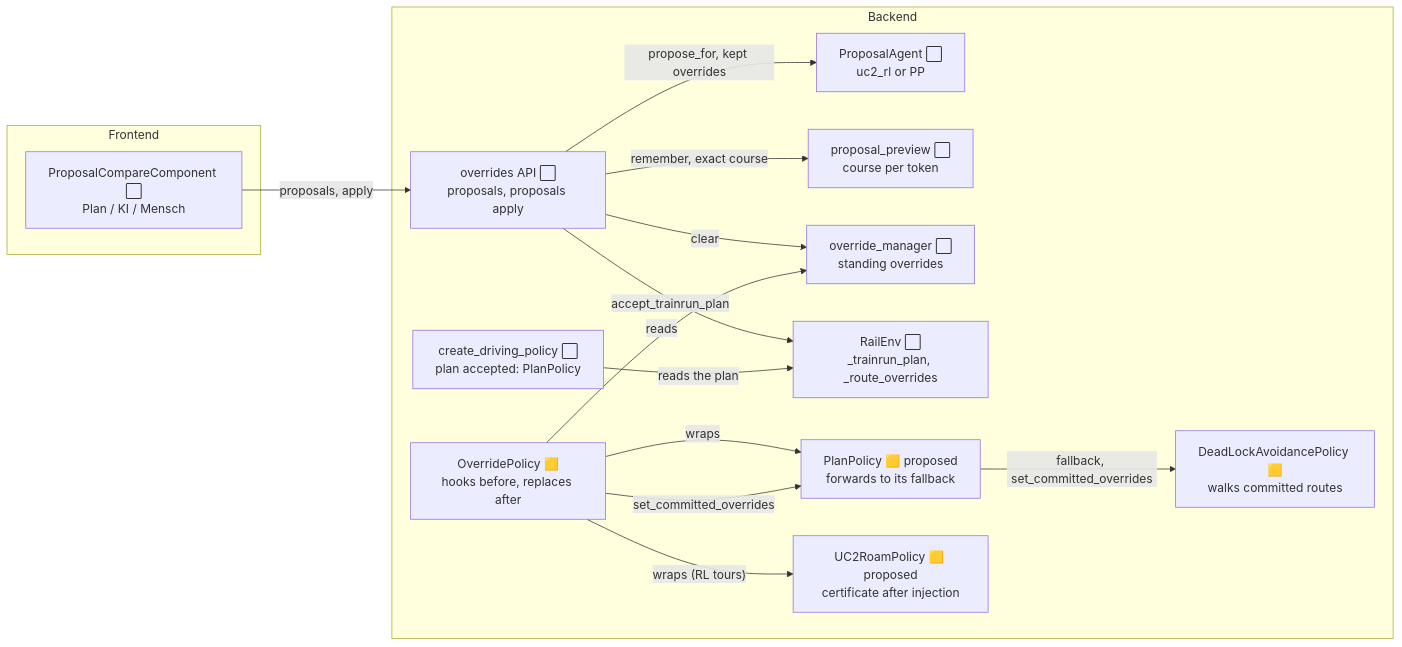
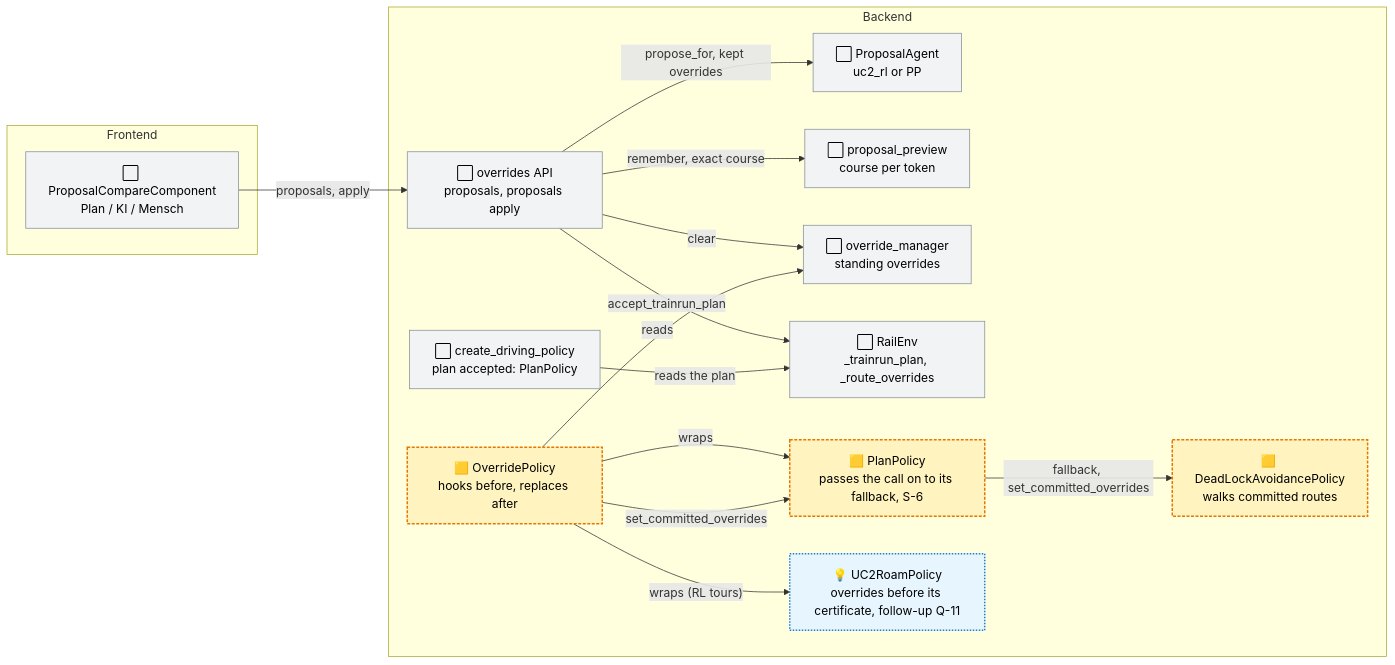
Before and after one commit to flatland-association/flatland-ui-hub: the second of 18 diagrams in docs/plans/set-route-on-map.md, drawn with Mermaid. The commit also changed other lines of this file, not shown here.

Commit message:
docs(plans): decide Q-11 to Q-13, describe the driver interfaces, #208's kept overrides and ROAM, and plan S-6.

````diff
--- a/docs/plans/set-route-on-map.md
+++ b/docs/plans/set-route-on-map.md
@@ -367,29 +391,40 @@
 ```mermaid
 flowchart LR
     subgraph FE["Frontend"]
-        PC["ProposalCompareComponent ⬜<br/>Plan / KI / Mensch"]
+        PC["⬜ ProposalCompareComponent<br/>Plan / KI / Mensch"]
     end
     subgraph BE["Backend"]
-        API["overrides API ⬜<br/>proposals, proposals apply"]
-        PA["ProposalAgent ⬜<br/>uc2_rl or PP"]
-        PV["proposal_preview ⬜<br/>course per token"]
-        OM["override_manager ⬜<br/>standing overrides"]
-        ENV["RailEnv ⬜<br/>_trainrun_plan, _route_overrides"]
-        REG["create_driving_policy ⬜<br/>plan accepted: PlanPolicy"]
-        OP["OverridePolicy 🟨<br/>hooks before, replaces after"]
-        PLP["PlanPolicy 🟨 proposed<br/>forwards to its fallback"]
-        DLA["DeadLockAvoidancePolicy 🟨<br/>walks committed routes"]
-        ROAM["UC2RoamPolicy 🟨 proposed<br/>certificate after injection"]
+        API["⬜ overrides API<br/>proposals, proposals apply"]
+        PA["⬜ ProposalAgent<br/>uc2_rl or PP"]
+        PV["⬜ proposal_preview<br/>course per token"]
+        OM["⬜ override_manager<br/>standing overrides"]
+        ENV["⬜ RailEnv<br/>_trainrun_plan, _route_overrides"]
+        REG["⬜ create_driving_policy<br/>plan accepted: PlanPolicy"]
+        OP["🟨 OverridePolicy<br/>hooks before, replaces after"]
+        PLP["🟨 PlanPolicy<br/>passes the call on to its fallback, S-6"]
+        DLA["🟨 DeadLockAvoidancePolicy<br/>walks committed routes"]
+        ROAM["💡 UC2RoamPolicy<br/>overrides before its certificate, follow-up Q-11"]
     end
     PC -- "proposals, apply" --> API
     API -- "propose_for, kept overrides" --> PA
     API -- "remember, exact course" --> PV
     API -- "accept_trainrun_plan" --> ENV
     API -- "clear" --> OM
     REG -- "reads the plan" --> ENV
     OP -- "reads" --> OM
     OP -- "wraps" --> PLP
     OP -- "wraps (RL tours)" --> ROAM
     OP -- "set_committed_overrides" --> PLP
     PLP -- "fallback, set_committed_overrides" --> DLA
+    style PC fill:#f1f3f5,stroke:#868e96,color:#000
+    style API fill:#f1f3f5,stroke:#868e96,color:#000
+    style PA fill:#f1f3f5,stroke:#868e96,color:#000
+    style PV fill:#f1f3f5,stroke:#868e96,color:#000
+    style OM fill:#f1f3f5,stroke:#868e96,color:#000
+    style ENV fill:#f1f3f5,stroke:#868e96,color:#000
+    style REG fill:#f1f3f5,stroke:#868e96,color:#000
+    style OP fill:#fff3bf,stroke:#e67700,stroke-width:2px,stroke-dasharray:4 2,color:#000
+    style PLP fill:#fff3bf,stroke:#e67700,stroke-width:2px,stroke-dasharray:4 2,color:#000
+    style DLA fill:#fff3bf,stroke:#e67700,stroke-width:2px,stroke-dasharray:4 2,color:#000
+    style ROAM fill:#e7f5ff,stroke:#1c7ed6,stroke-width:2px,stroke-dasharray:2 2,color:#000
 ```
````
